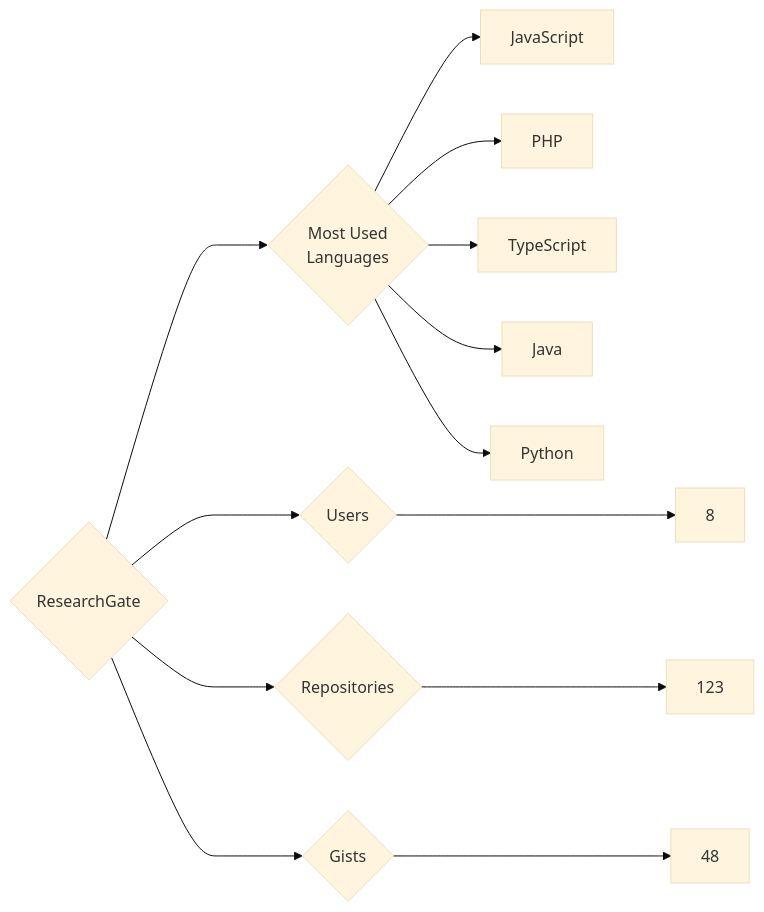
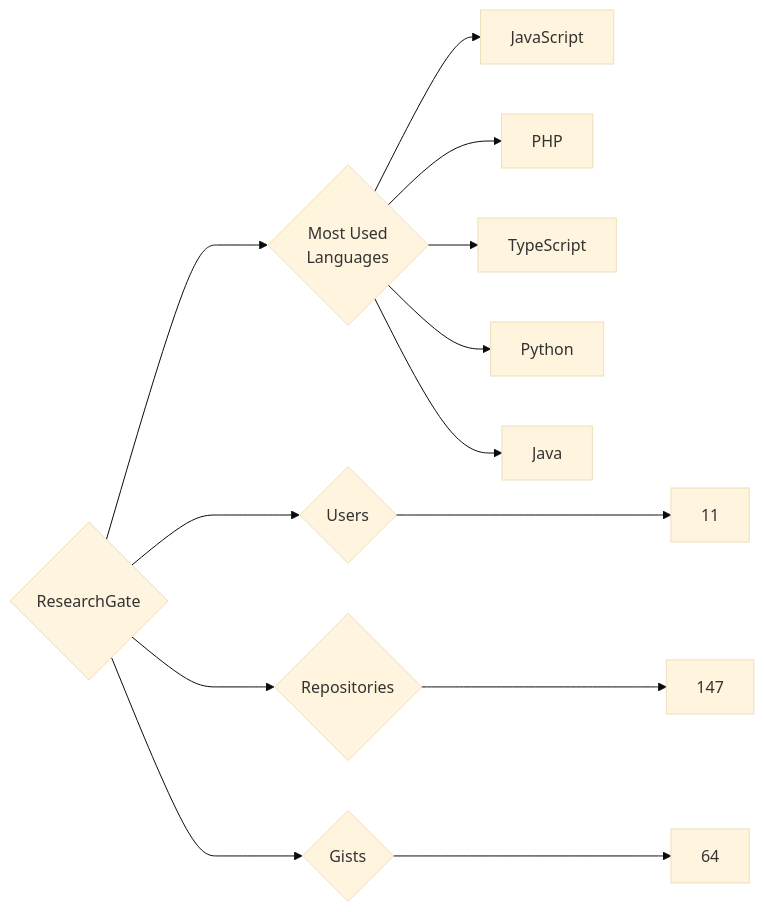
Before and after one commit to trickest/insiders: the diagram in targets/ResearchGate/README.md, drawn with Mermaid (base theme). The commit also changed 794 other files, not shown here.

````diff
--- a/targets/ResearchGate/README.md
+++ b/targets/ResearchGate/README.md
@@ -3,13 +3,13 @@
 ```mermaid
 graph LR
 COMPANY_NAME{ResearchGate}
-COMPANY_NAME ---> U{Users} ---> UN[8]
-COMPANY_NAME ---> R{Repositories} ---> RN[123]
-COMPANY_NAME ---> G{Gists} ---> GN[48]
+COMPANY_NAME ---> U{Users} ---> UN[11]
+COMPANY_NAME ---> R{Repositories} ---> RN[147]
+COMPANY_NAME ---> G{Gists} ---> GN[64]
 COMPANY_NAME ---> ML{Most Used<br>Languages}
 ML --> JavaScript[JavaScript]
 ML --> PHP[PHP]
 ML --> TypeScript[TypeScript]
+ML --> Python[Python]
 ML --> Java[Java]
-ML --> Python[Python]
 ```
````
